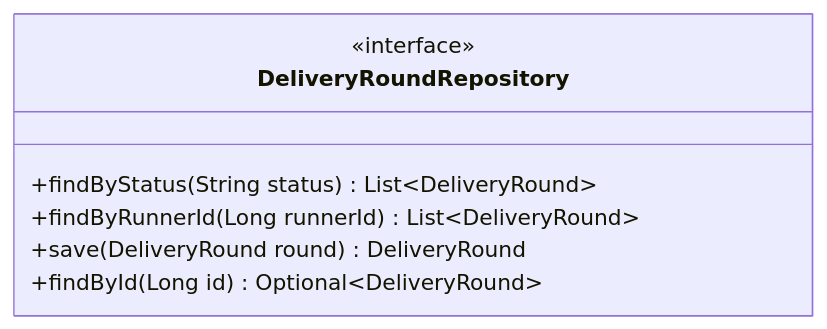
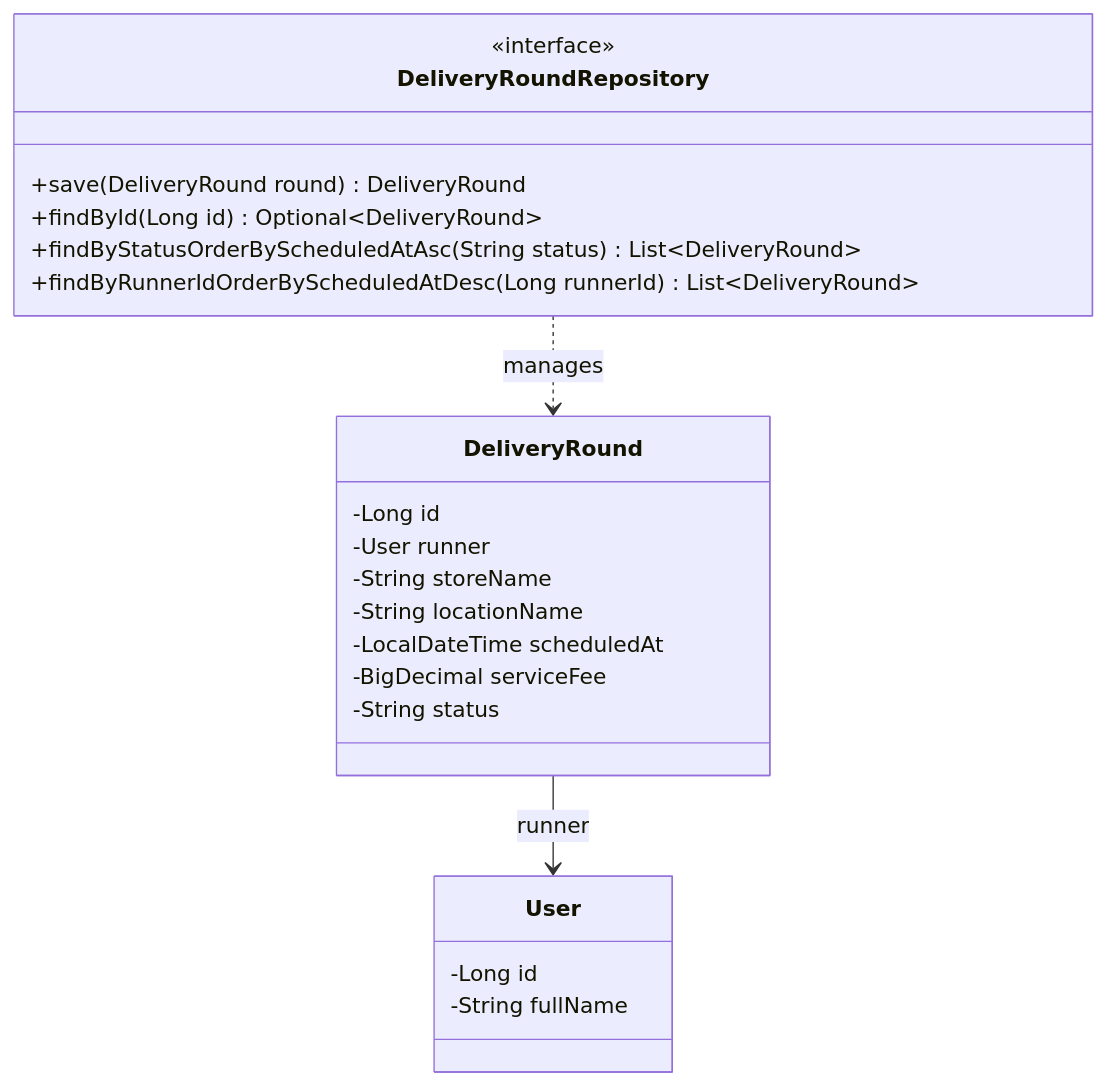
The third of 4 diagrams in docs/task-08/README.md (BlackyB0o/CS261_650001_group5), drawn with Mermaid before and after one commit. The commit also changed other lines of this file, not shown here.

````diff
--- a/docs/task-08/README.md
+++ b/docs/task-08/README.md
@@ -141,10 +311,26 @@
 ```mermaid
 classDiagram
     class DeliveryRoundRepository {
         <<interface>>
-        +findByStatus(String status) List~DeliveryRound~
-        +findByRunnerId(Long runnerId) List~DeliveryRound~
         +save(DeliveryRound round) DeliveryRound
         +findById(Long id) Optional~DeliveryRound~
+        +findByStatusOrderByScheduledAtAsc(String status) List~DeliveryRound~
+        +findByRunnerIdOrderByScheduledAtDesc(Long runnerId) List~DeliveryRound~
     }
+    class DeliveryRound {
+        -Long id
+        -User runner
+        -String storeName
+        -String locationName
+        -LocalDateTime scheduledAt
+        -BigDecimal serviceFee
+        -String status
+    }
+    class User {
+        -Long id
+        -String fullName
+    }
+
+    DeliveryRoundRepository ..> DeliveryRound : manages
+    DeliveryRound --> User : runner
 ```
````
